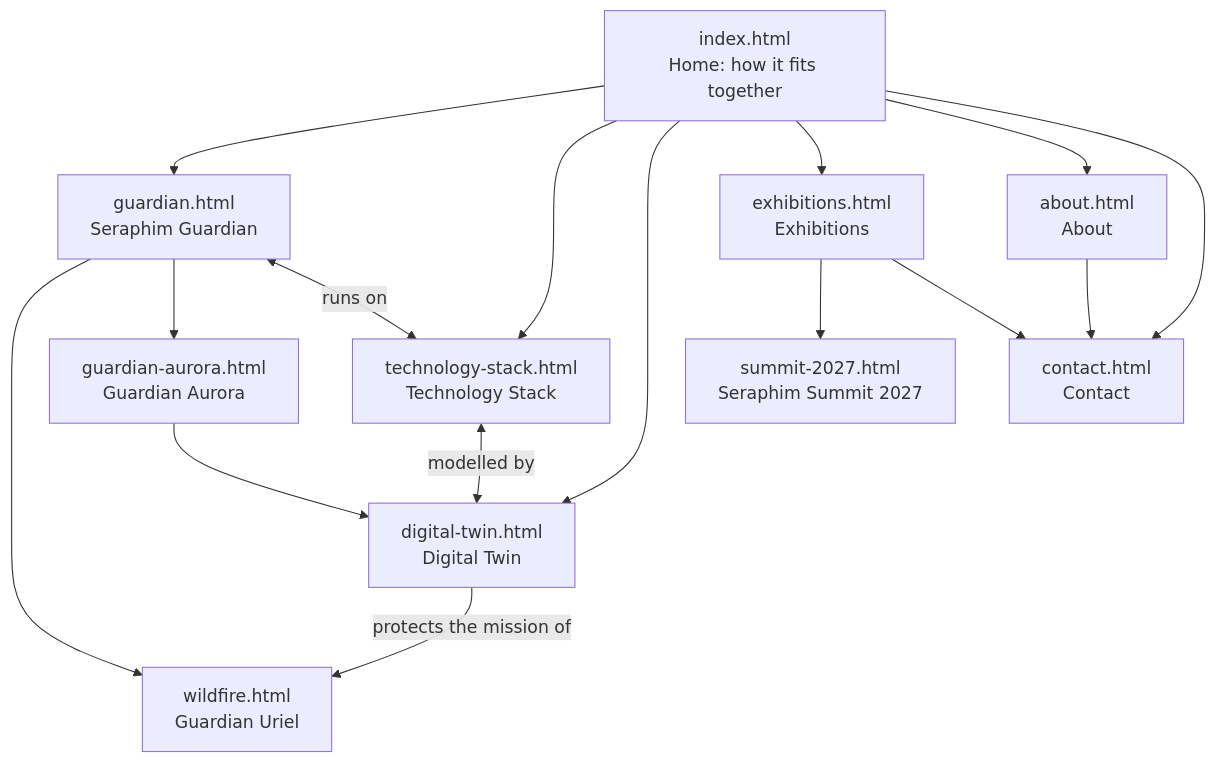
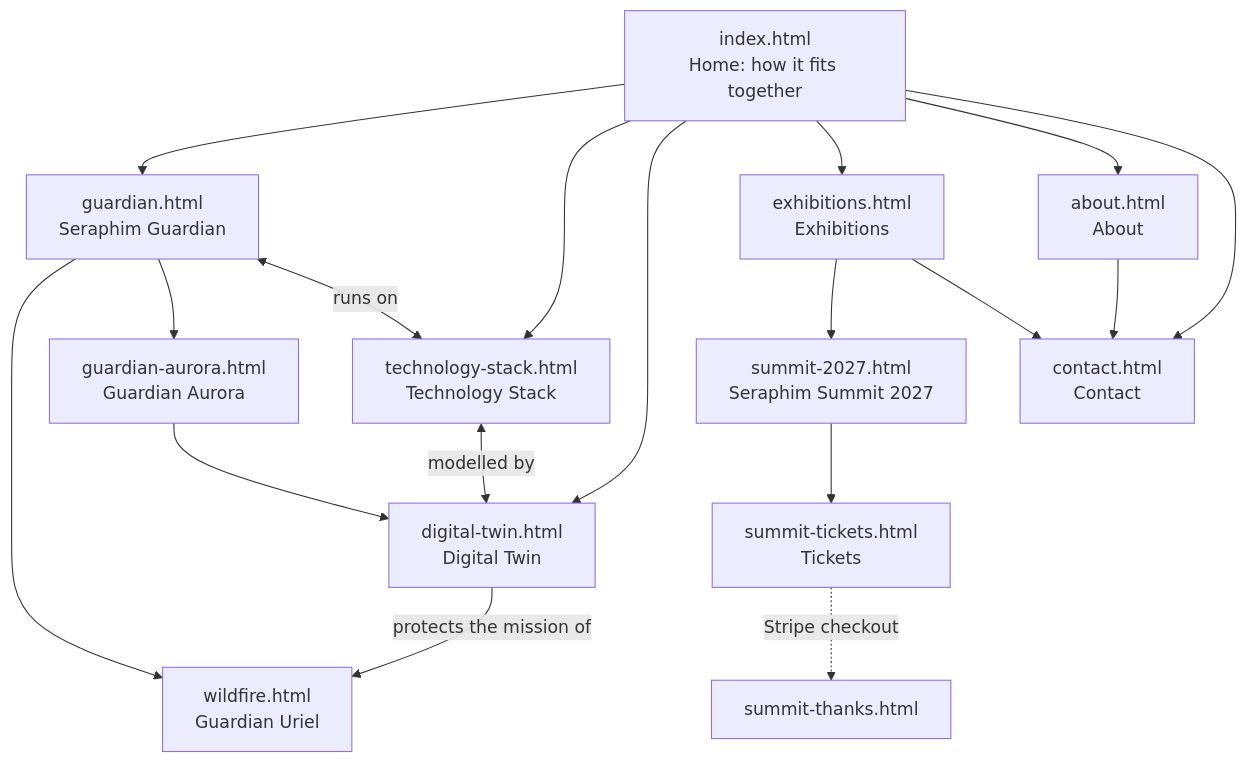
One commit to ArchShahin/archangx-website changed the fourth of 4 diagrams in docs/ARCHITECTURE.md. Above: the diagram before and after it, drawn with Mermaid. The commit also changed other lines of this file and 4 other files, not shown here.

Commit message:
SCRUM-1378 SCRUM-1383: decision D9, ticket flow in ARCHITECTURE, sales runbook in OPERATIONS

````diff
--- a/docs/ARCHITECTURE.md
+++ b/docs/ARCHITECTURE.md
@@ -48,18 +65,20 @@
 ```mermaid
 flowchart TB
   H[index.html<br/>Home: how it fits together] --> G[guardian.html<br/>Seraphim Guardian]
   G --> W[wildfire.html<br/>Guardian Uriel]
   G --> AU[guardian-aurora.html<br/>Guardian Aurora]
   H --> S[technology-stack.html<br/>Technology Stack]
   H --> T[digital-twin.html<br/>Digital Twin]
   H --> X[exhibitions.html<br/>Exhibitions]
   H --> AB[about.html<br/>About]
   H --> CO[contact.html<br/>Contact]
   G <-->|runs on| S
   S <-->|modelled by| T
   T -->|protects the mission of| W
   AU --> T
   X --> SU[summit-2027.html<br/>Seraphim Summit 2027]
+  SU --> TK[summit-tickets.html<br/>Tickets]
+  TK -.->|Stripe checkout| TH[summit-thanks.html]
   X --> CO
   AB --> CO
 ```
````
